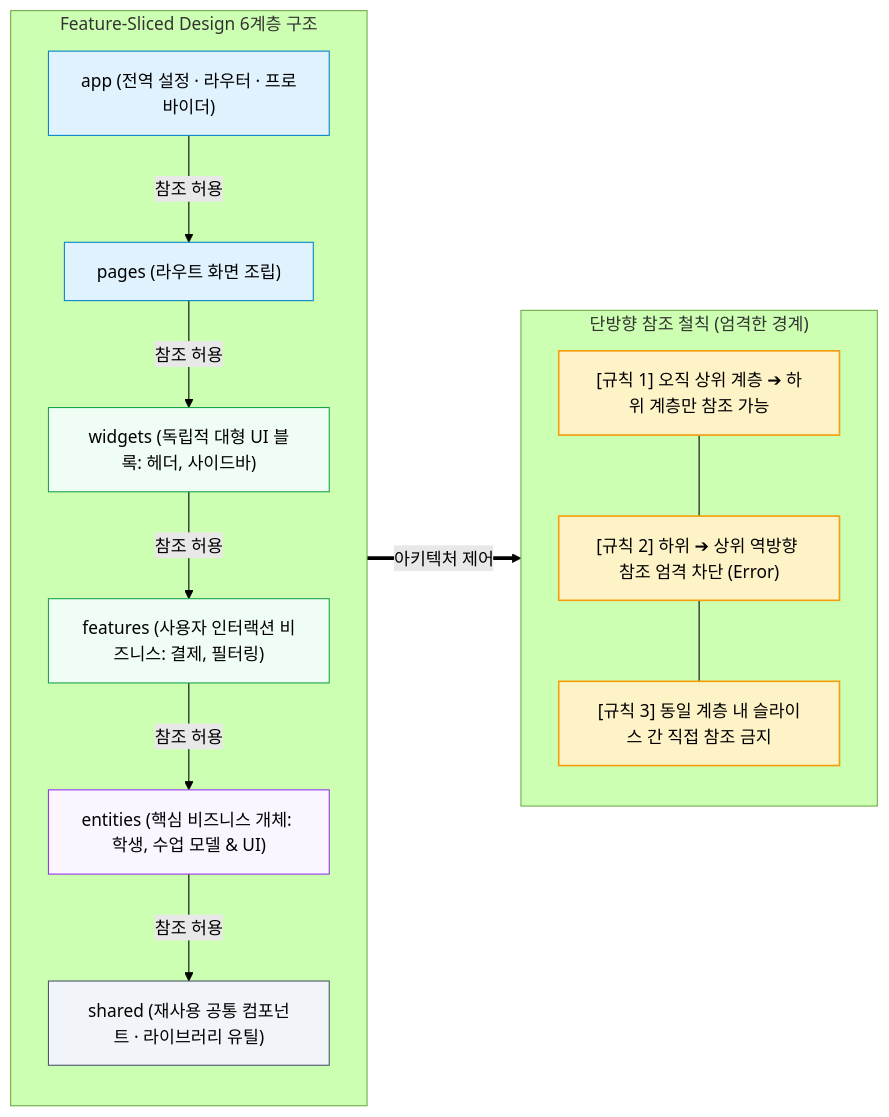
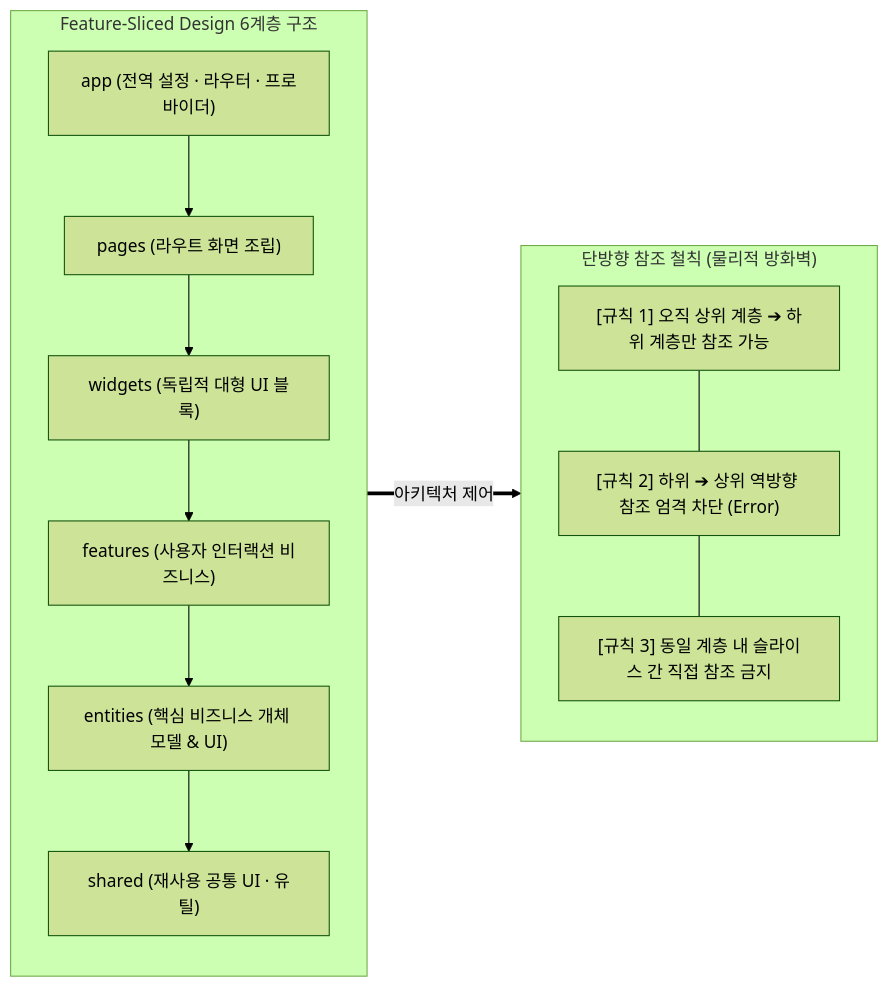
The diagram in _posts/tech/ai-agent-architecture/9 어차피 프론트엔드인데 아키텍처가 왜 필요해?.md (tomato-vault/tomato-vault.github.io), drawn with Mermaid (forest theme) before and after one commit. The commit also changed other lines of this file and 43 other files, not shown here.

````diff
--- a/_posts/tech/ai-agent-architecture/9 어차피 프론트엔드인데 아키텍처가 왜 필요해?.md
+++ b/_posts/tech/ai-agent-architecture/9 어차피 프론트엔드인데 아키텍처가 왜 필요해?.md
@@ -101,40 +52,14 @@
 ```mermaid
 flowchart LR
     subgraph FSD ["Feature-Sliced Design 6계층 구조"]
         direction TB
-        L1["app (전역 설정 · 라우터 · 프로바이더)"]
-        L2["pages (라우트 화면 조립)"]
-        L3["widgets (독립적 대형 UI 블록: 헤더, 사이드바)"]
-        L4["features (사용자 인터랙션 비즈니스: 결제, 필터링)"]
-        L5["entities (핵심 비즈니스 개체: 학생, 수업 모델 & UI)"]
-        L6["shared (재사용 공통 컴포넌트 · 라이브러리 유틸)"]
-
-        L1 -->|참조 허용| L2
-        L2 -->|참조 허용| L3
-        L3 -->|참조 허용| L4
-        L4 -->|참조 허용| L5
-        L5 -->|참조 허용| L6
+        L1["app (전역 설정 · 라우터 · 프로바이더)"] --> L2["pages (라우트 화면 조립)"] --> L3["widgets (독립적 대형 UI 블록)"] --> L4["features (사용자 인터랙션 비즈니스)"] --> L5["entities (핵심 비즈니스 개체 모델 & UI)"] --> L6["shared (재사용 공통 UI · 유틸)"]
     end
 
-    subgraph RULES ["단방향 참조 철칙 (엄격한 경계)"]
+    subgraph RULES ["단방향 참조 철칙 (물리적 방화벽)"]
         direction TB
-        R1["[규칙 1] 오직 상위 계층 ➔ 하위 계층만 참조 가능"]
-        R2["[규칙 2] 하위 ➔ 상위 역방향 참조 엄격 차단 (Error)"]
-        R3["[규칙 3] 동일 계층 내 슬라이스 간 직접 참조 금지"]
-        R1 --- R2 --- R3
+        R1["[규칙 1] 오직 상위 계층 ➔ 하위 계층만 참조 가능"] --- R2["[규칙 2] 하위 ➔ 상위 역방향 참조 엄격 차단 (Error)"] --- R3["[규칙 3] 동일 계층 내 슬라이스 간 직접 참조 금지"]
     end
 
     FSD ==>|아키텍처 제어| RULES
-
-    classDef appLayer fill:#e0f2fe,stroke:#0284c7,stroke-width:1px
-    classDef uiLayer fill:#f0fdf4,stroke:#16a34a,stroke-width:1px
-    classDef entityLayer fill:#faf5ff,stroke:#9333ea,stroke-width:1px
-    classDef sharedLayer fill:#f1f5f9,stroke:#475569,stroke-width:1px
-    classDef ruleBox fill:#fef3c7,stroke:#f59e0b,stroke-width:1.5px
-
-    class L1,L2 appLayer
-    class L3,L4 uiLayer
-    class L5 entityLayer
-    class L6 sharedLayer
-    class R1,R2,R3 ruleBox
 ```
````
